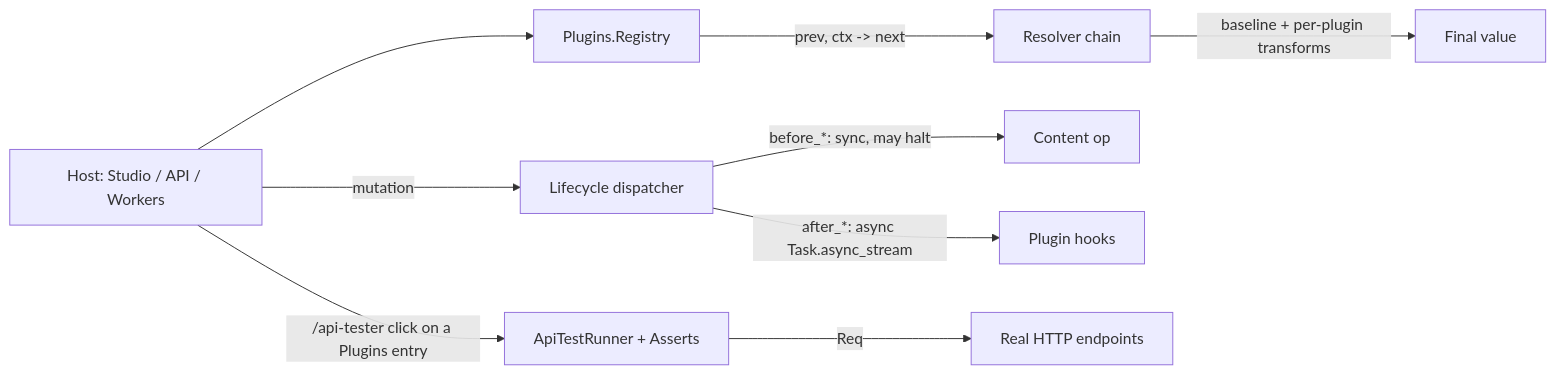
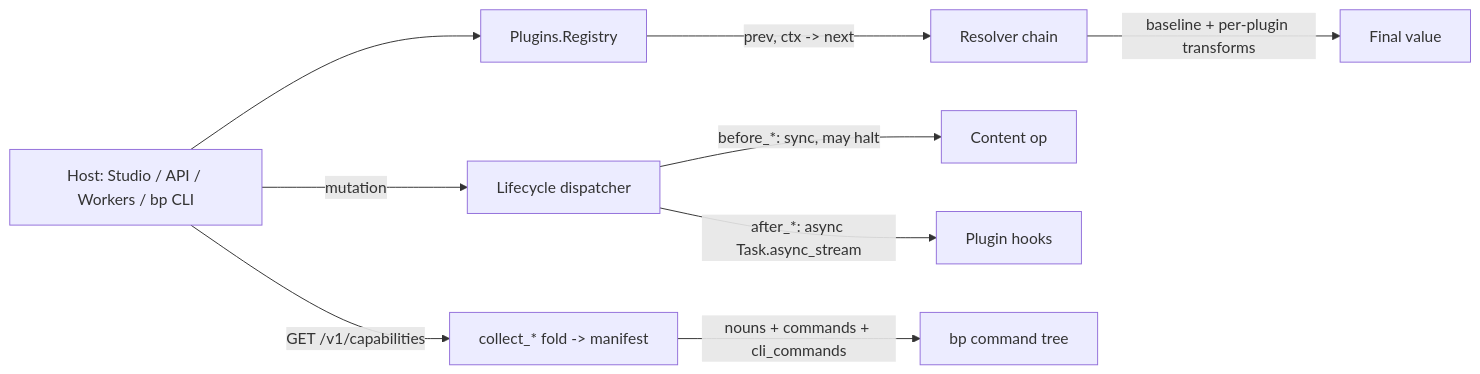
Before and after one commit to FRIKKern/barkpark: the first of 2 diagrams in README.md, drawn with Mermaid. The commit also changed other lines of this file, not shown here.

First line of the commit message:
docs(readme): premium rewrite — bp CLI front-and-center

````diff
--- a/README.md
+++ b/README.md
@@ -110,11 +248,11 @@
 ```mermaid
 flowchart LR
-  Host[Host: Studio / API / Workers] --> Reg[Plugins.Registry]
+  Host[Host: Studio / API / Workers / bp CLI] --> Reg[Plugins.Registry]
   Reg -->|prev, ctx -> next| Res[Resolver chain]
   Res -->|baseline + per-plugin transforms| Out[Final value]
   Host -->|mutation| Life[Lifecycle dispatcher]
   Life -->|before_*: sync, may halt| Cont[Content op]
   Life -->|after_*: async Task.async_stream| Hook[Plugin hooks]
-  Host -->|/api-tester click on a Plugins entry| Runner[ApiTestRunner + Asserts]
-  Runner -->|Req| HTTP[Real HTTP endpoints]
+  Host -->|GET /v1/capabilities| Cap[collect_* fold -> manifest]
+  Cap -->|nouns + commands + cli_commands| CLI[bp command tree]
 ```
````
